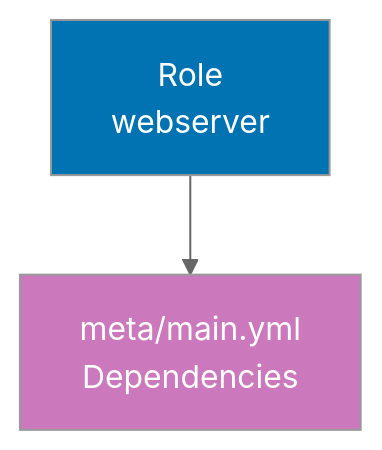
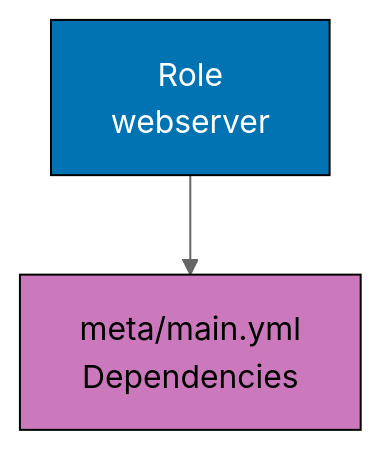
The third of 11 diagrams in apps/ayokoding-www/content/en/learn/legacy/software-engineering/infrastructure/tools/ansible/by-example/intermediate.md (wahidyankf/ose-public), drawn with Mermaid (neutral theme) before and after one commit. The commit also changed other lines of this file and 131 other files, not shown here.

First line of the commit message:
fix(mermaid): bring the legacy data, infrastructure, and testing diagrams onto the accessible palette

````diff
--- a/apps/ayokoding-www/content/en/learn/legacy/software-engineering/infrastructure/tools/ansible/by-example/intermediate.md
+++ b/apps/ayokoding-www/content/en/learn/legacy/software-engineering/infrastructure/tools/ansible/by-example/intermediate.md
@@ -50,8 +64,13 @@
 ```mermaid
 %% Color Palette: Blue #0173B2, Orange #DE8F05, Teal #029E73, Purple #CC78BC, Brown #CA9161
 graph TD
+ accTitle: Example 28: Basic Role Structure
+ accDescr: Graph with 2 nodes and 1 connections. Nodes: Role webserver, meta/main.yml Dependencies. Connections: Role webserver to meta/main.yml Dependencies.
  A["Role<br/>webserver"] --> H["meta/main.yml<br/>Dependencies"]
 
- style A fill:#0173B2,color:#fff
- style H fill:#CC78BC,color:#fff
+ classDef pal-0173B2 fill:#0173B2,stroke:#000000,color:#FFFFFF
+ class A pal-0173B2
+ classDef pal-CC78BC fill:#CC78BC,stroke:#000000,color:#000000
+ class H pal-CC78BC
+ classDef default fill:#FFFFFF,stroke:#000000,color:#000000
 ```
````
